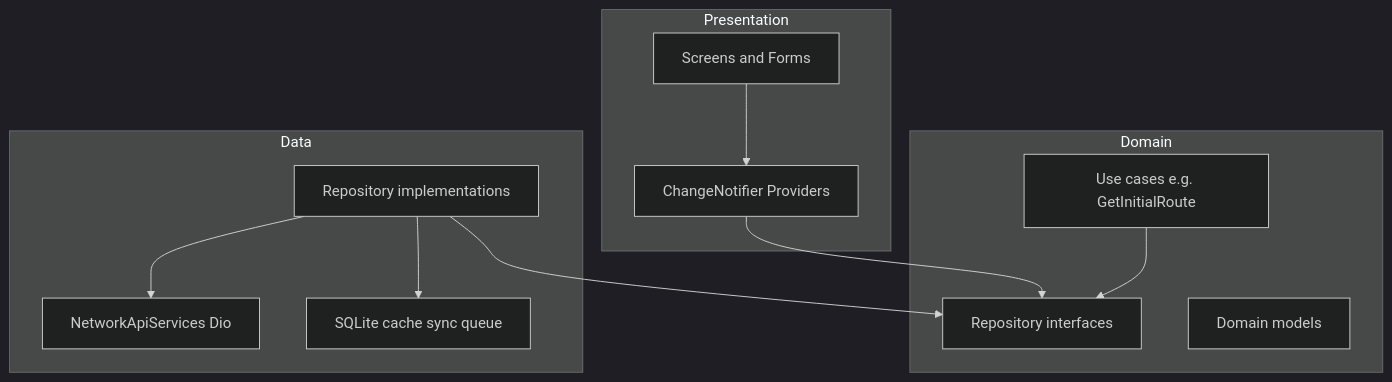
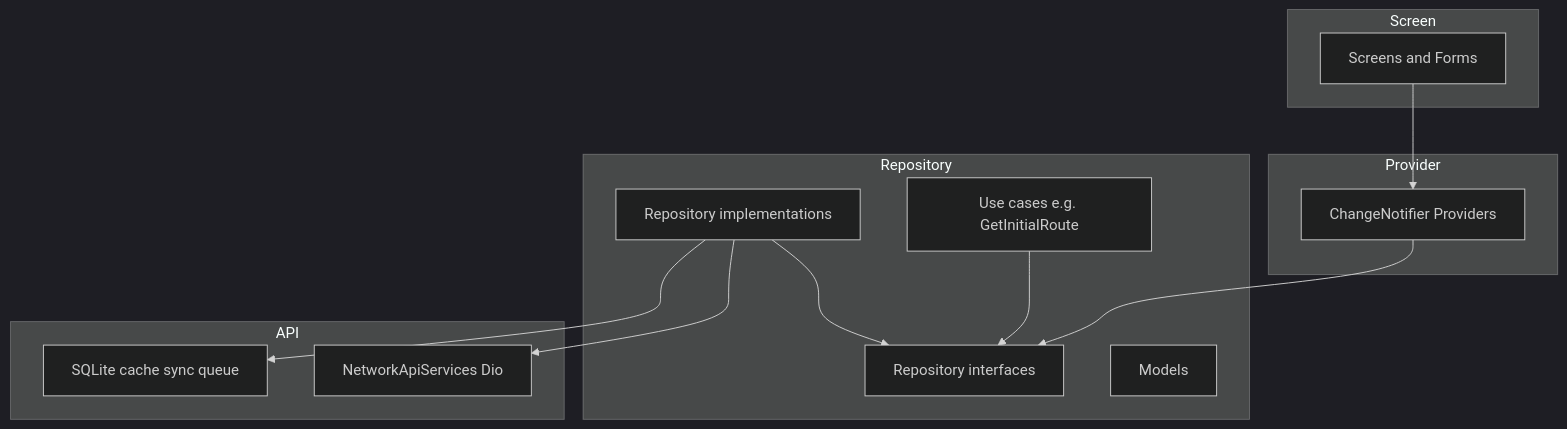
The second of 2 diagrams in docs/ARCHITECTURE.md (professorbhakta/cts_beta), drawn with Mermaid (dark theme) before and after one commit. The commit also changed other lines of this file and 42 other files, not shown here.

````diff
--- a/docs/ARCHITECTURE.md
+++ b/docs/ARCHITECTURE.md
@@ -52,26 +54,29 @@
 ```mermaid
 flowchart TB
-  subgraph presentation [Presentation]
+  subgraph screen [Screen]
     Screens[Screens and Forms]
-    Providers[ChangeNotifier Providers]
-    Screens --> Providers
   end
 
-  subgraph domain [Domain]
+  subgraph provider [Provider]
+    Providers[ChangeNotifier Providers]
+  end
+
+  subgraph repository [Repository]
     RepoIf[Repository interfaces]
-    Models[Domain models]
+    RepoImpl[Repository implementations]
+    Models[Models]
     UseCases[Use cases e.g. GetInitialRoute]
   end
 
-  subgraph data [Data]
-    RepoImpl[Repository implementations]
-    API[NetworkApiServices Dio]
+  subgraph api [API]
+    HTTP[NetworkApiServices Dio]
     Local[SQLite cache sync queue]
   end
 
+  Screens --> Providers
   Providers --> RepoIf
   RepoImpl --> RepoIf
-  RepoImpl --> API
+  RepoImpl --> HTTP
   RepoImpl --> Local
   UseCases --> RepoIf
 ```
````
